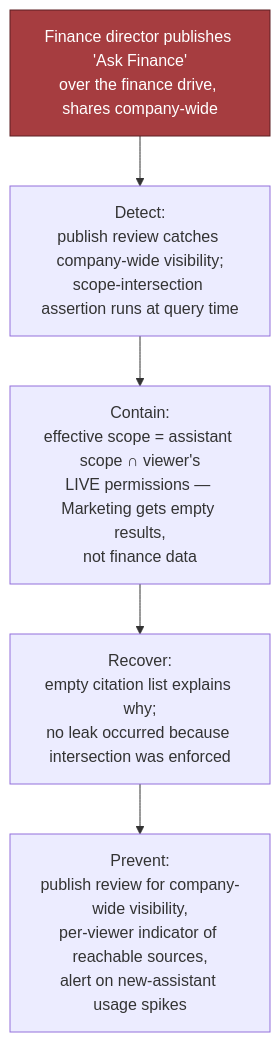
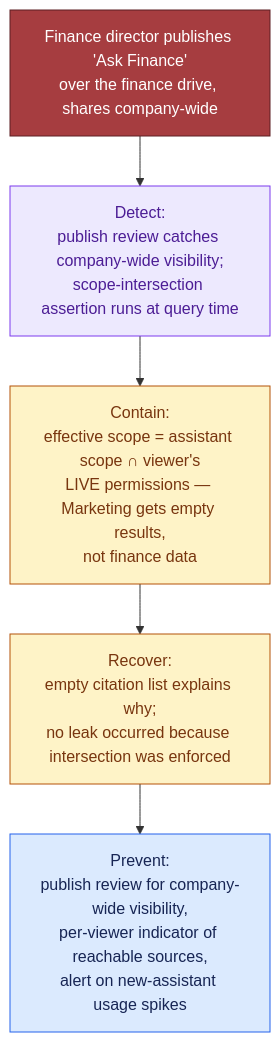
One commit to Sourav692/Forward-Deployed-Engineer-Interview-Prep changed the second of 5 diagrams in 02_System_Design_Case_Studies/Standalone_Designs/26_Enterprise_Chatbot_Platform/3_Tutorial/26_Tutorial_Part_3.md. Above: the diagram before and after it, drawn with Mermaid. The commit also changed other lines of this file and 1268 other files, not shown here.

First line of the commit message:
content: polish Casebook writing and Mermaid diagrams (#251)

````diff
--- a/02_System_Design_Case_Studies/Standalone_Designs/26_Enterprise_Chatbot_Platform/3_Tutorial/26_Tutorial_Part_3.md
+++ b/02_System_Design_Case_Studies/Standalone_Designs/26_Enterprise_Chatbot_Platform/3_Tutorial/26_Tutorial_Part_3.md
@@ -200,8 +210,16 @@
 ```mermaid
 flowchart TD
     A["Finance director publishes 'Ask Finance'\nover the finance drive, shares company-wide"] --> B["Detect:\npublish review catches company-wide visibility;\nscope-intersection assertion runs at query time"]
     B --> C["Contain:\neffective scope = assistant scope ∩ viewer's\nLIVE permissions — Marketing gets empty results,\nnot finance data"]
     C --> D["Recover:\nempty citation list explains why;\nno leak occurred because intersection was enforced"]
     D --> E["Prevent:\npublish review for company-wide visibility,\nper-viewer indicator of reachable sources,\nalert on new-assistant usage spikes"]
     style A fill:#a63d40,stroke:#5c1f22,color:#fff
+
+    %% Casebook colours: entry, reasoning, results, controls, and stopped paths.
+    classDef cbInput fill:#dbeafe,stroke:#2563eb,color:#172554
+    class A,E cbInput
+    classDef cbReason fill:#ede9fe,stroke:#7c3aed,color:#4c1d95
+    class B cbReason
+    classDef cbPolicy fill:#fef3c7,stroke:#b45309,color:#78350f
+    class C,D cbPolicy
 ```
````
